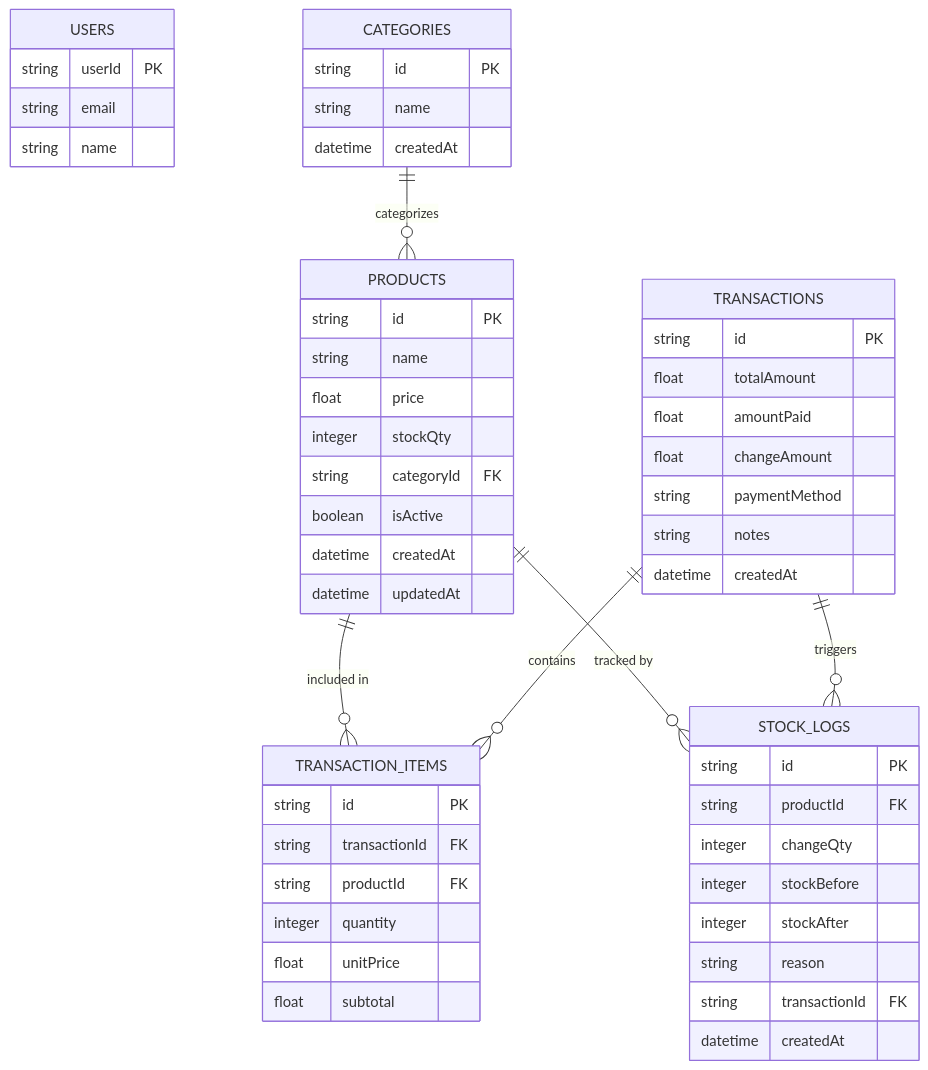
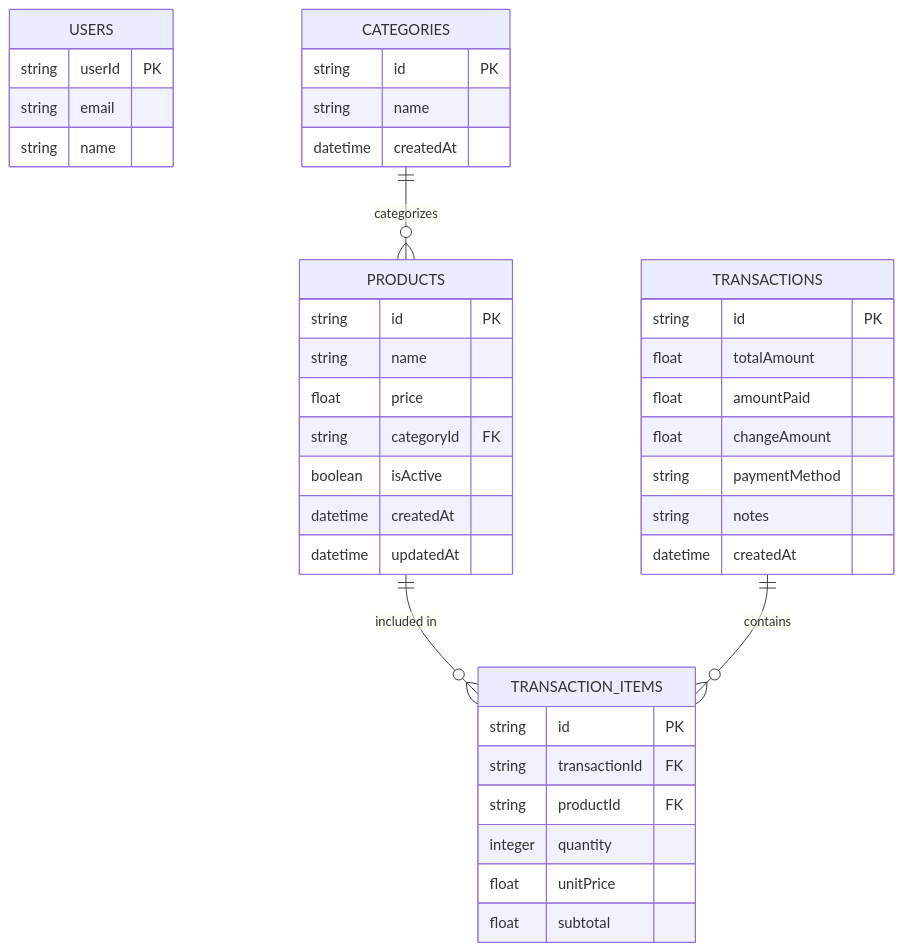
The second of 2 diagrams in PRD.md (annasalfa/web-app-posku), drawn with Mermaid before and after one commit. The commit also changed other lines of this file and 45 other files, not shown here.

````diff
--- a/PRD.md
+++ b/PRD.md
@@ -264,61 +251,47 @@
 ```mermaid
 erDiagram
     USERS {
         string userId PK
         string email
         string name
     }
 
     CATEGORIES {
         string id PK
         string name
         datetime createdAt
     }
 
     PRODUCTS {
         string id PK
         string name
         float price
-        integer stockQty
         string categoryId FK
         boolean isActive
         datetime createdAt
         datetime updatedAt
     }
 
     TRANSACTIONS {
         string id PK
         float totalAmount
         float amountPaid
         float changeAmount
         string paymentMethod
         string notes
         datetime createdAt
     }
 
     TRANSACTION_ITEMS {
         string id PK
         string transactionId FK
         string productId FK
         integer quantity
         float unitPrice
         float subtotal
     }
 
-    STOCK_LOGS {
-        string id PK
-        string productId FK
-        integer changeQty
-        integer stockBefore
-        integer stockAfter
-        string reason
-        string transactionId FK
-        datetime createdAt
-    }
-
     CATEGORIES ||--o{ PRODUCTS : "categorizes"
     PRODUCTS ||--o{ TRANSACTION_ITEMS : "included in"
     TRANSACTIONS ||--o{ TRANSACTION_ITEMS : "contains"
-    PRODUCTS ||--o{ STOCK_LOGS : "tracked by"
-    TRANSACTIONS ||--o{ STOCK_LOGS : "triggers"
 ```
````
